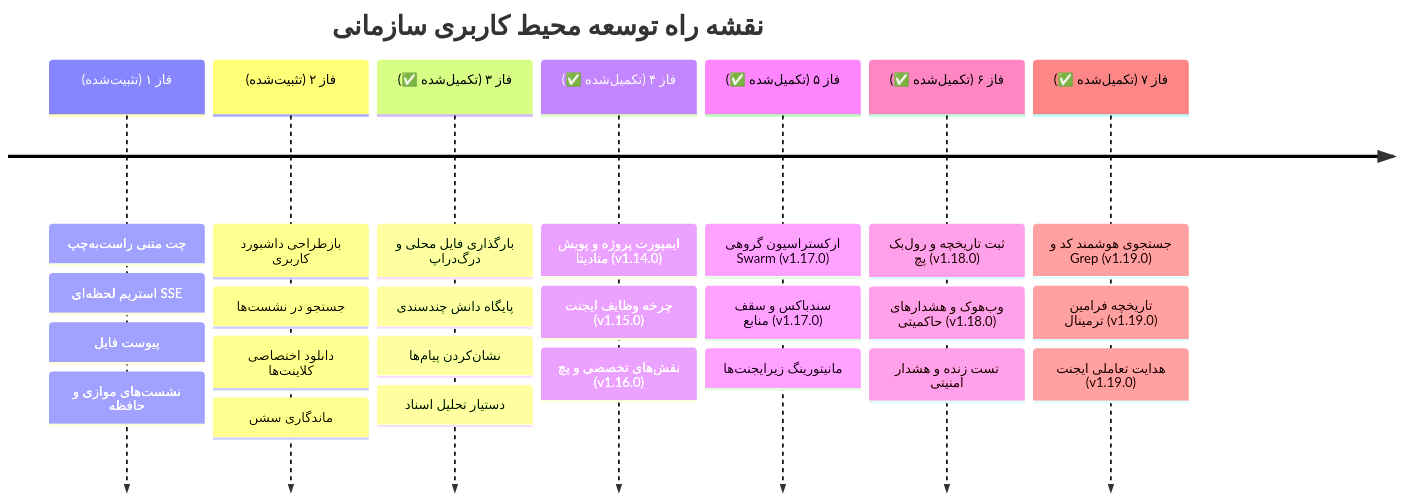
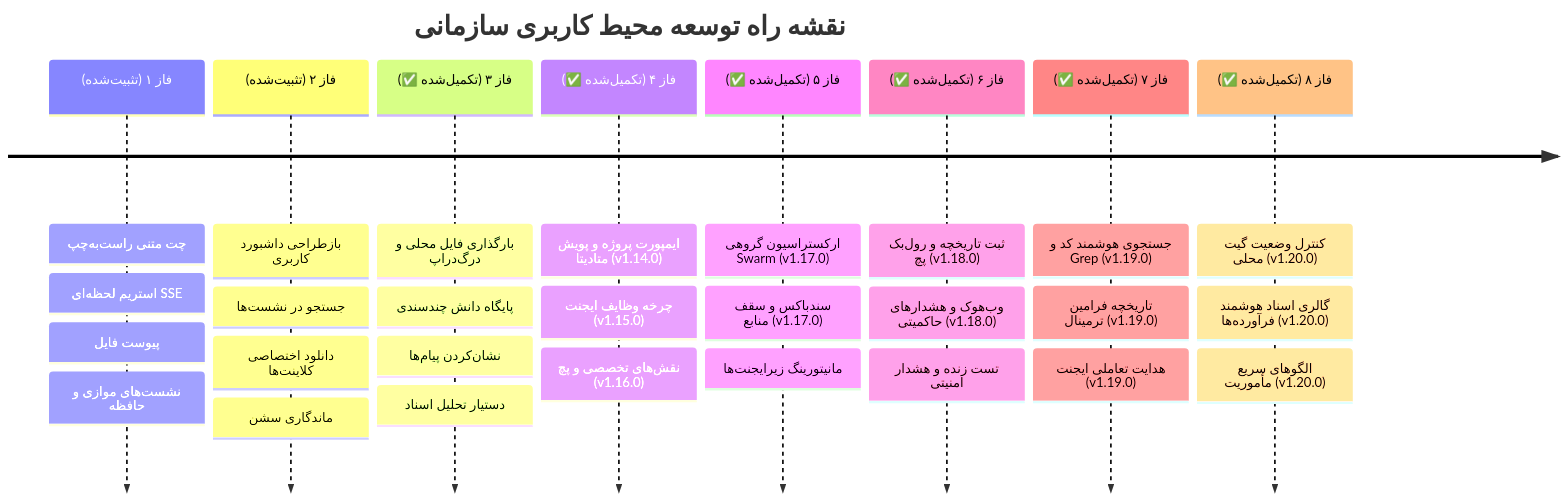
One commit to RedBoy-011/OmniOps changed the third of 3 diagrams in ROADMAP_DUAL_PLANE.fa.md. Above: the diagram before and after it, drawn with Mermaid. The commit also changed other lines of this file and 8 other files, not shown here.

````diff
--- a/ROADMAP_DUAL_PLANE.fa.md
+++ b/ROADMAP_DUAL_PLANE.fa.md
@@ -108,11 +108,12 @@
 ```mermaid
 timeline
     title نقشه راه توسعه محیط کاربری سازمانی
     فاز ۱ (تثبیت‌شده) : چت متنی راست‌به‌چپ : استریم لحظه‌ای SSE : پیوست فایل : نشست‌های موازی و حافظه
     فاز ۲ (تثبیت‌شده) : بازطراحی داشبورد کاربری : جستجو در نشست‌ها : دانلود اختصاصی کلاینت‌ها : ماندگاری سشن
     فاز ۳ (تکمیل‌شده ✅) : بارگذاری فایل محلی و درگ‌دراپ : پایگاه دانش چندسندی : نشان‌کردن پیام‌ها : دستیار تحلیل اسناد
     فاز ۴ (تکمیل‌شده ✅) : ایمپورت پروژه و پویش متادیتا (v1.14.0) : چرخه وظایف ایجنت (v1.15.0) : نقش‌های تخصصی و پچ (v1.16.0)
     فاز ۵ (تکمیل‌شده ✅) : ارکستراسیون گروهی Swarm (v1.17.0) : سندباکس و سقف منابع (v1.17.0) : مانیتورینگ زیرایجنت‌ها
     فاز ۶ (تکمیل‌شده ✅) : ثبت تاریخچه و رول‌بک پچ (v1.18.0) : وب‌هوک و هشدارهای حاکمیتی (v1.18.0) : تست زنده و هشدار امنیتی
     فاز ۷ (تکمیل‌شده ✅) : جستجوی هوشمند کد و Grep (v1.19.0) : تاریخچه فرامین ترمینال (v1.19.0) : هدایت تعاملی ایجنت (v1.19.0)
+    فاز ۸ (تکمیل‌شده ✅) : کنترل وضعیت گیت محلی (v1.20.0) : گالری اسناد هوشمند فرآورده‌ها (v1.20.0) : الگوهای سریع مأموریت (v1.20.0)
 ```
````
